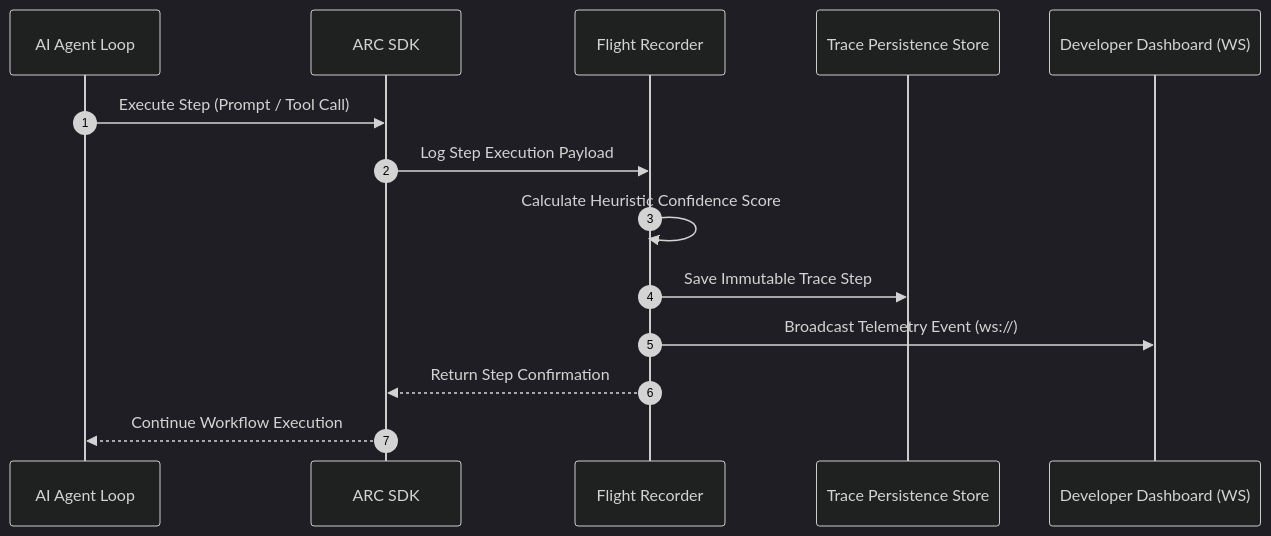
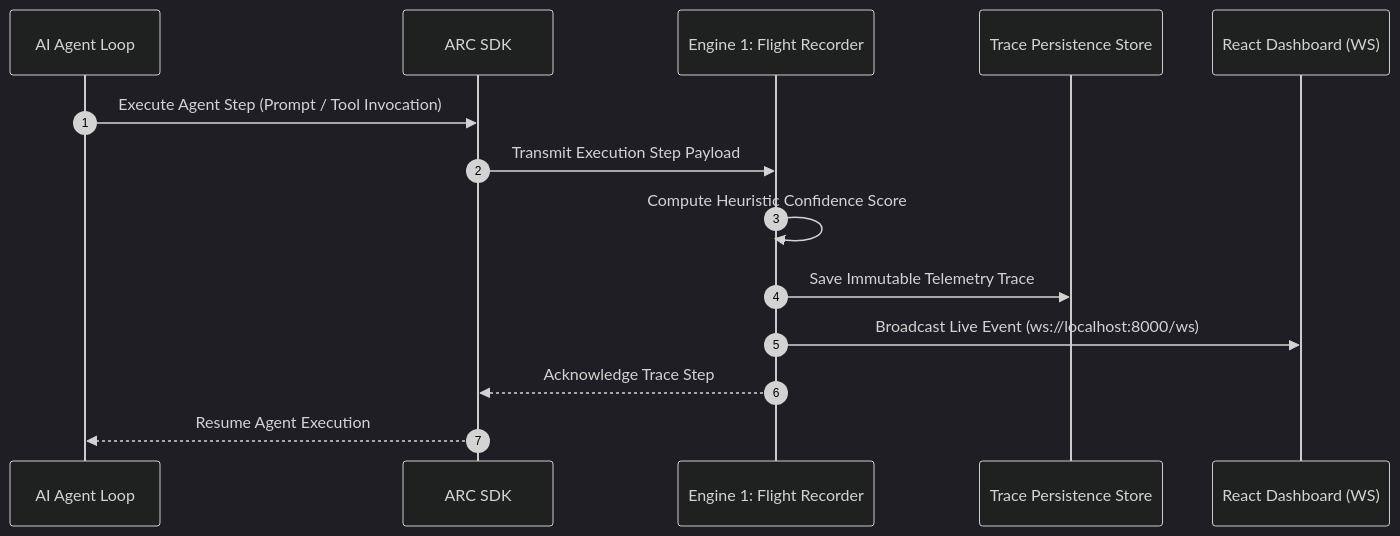
Before and after one commit to Vishallakshmikanthan/agent-runtime-core: the second of 6 diagrams in README.md, drawn with Mermaid (dark theme). The commit also changed other lines of this file, not shown here.

````diff
--- a/README.md
+++ b/README.md
@@ -267,17 +255,17 @@
 ```mermaid
 sequenceDiagram
     autonumber
     participant Agent as AI Agent Loop
     participant SDK as ARC SDK
-    participant Engine1 as Flight Recorder
+    participant FlightRecorder as Engine 1: Flight Recorder
     participant DB as Trace Persistence Store
-    participant UI as Developer Dashboard (WS)
+    participant UI as React Dashboard (WS)
 
-    Agent->>SDK: Execute Step (Prompt / Tool Call)
-    SDK->>Engine1: Log Step Execution Payload
-    Engine1->>Engine1: Calculate Heuristic Confidence Score
-    Engine1->>DB: Save Immutable Trace Step
-    Engine1->>UI: Broadcast Telemetry Event (ws://)
-    Engine1-->>SDK: Return Step Confirmation
-    SDK-->>Agent: Continue Workflow Execution
+    Agent->>SDK: Execute Agent Step (Prompt / Tool Invocation)
+    SDK->>FlightRecorder: Transmit Execution Step Payload
+    FlightRecorder->>FlightRecorder: Compute Heuristic Confidence Score
+    FlightRecorder->>DB: Save Immutable Telemetry Trace
+    FlightRecorder->>UI: Broadcast Live Event (ws://localhost:8000/ws)
+    FlightRecorder-->>SDK: Acknowledge Trace Step
+    SDK-->>Agent: Resume Agent Execution
 ```
````
